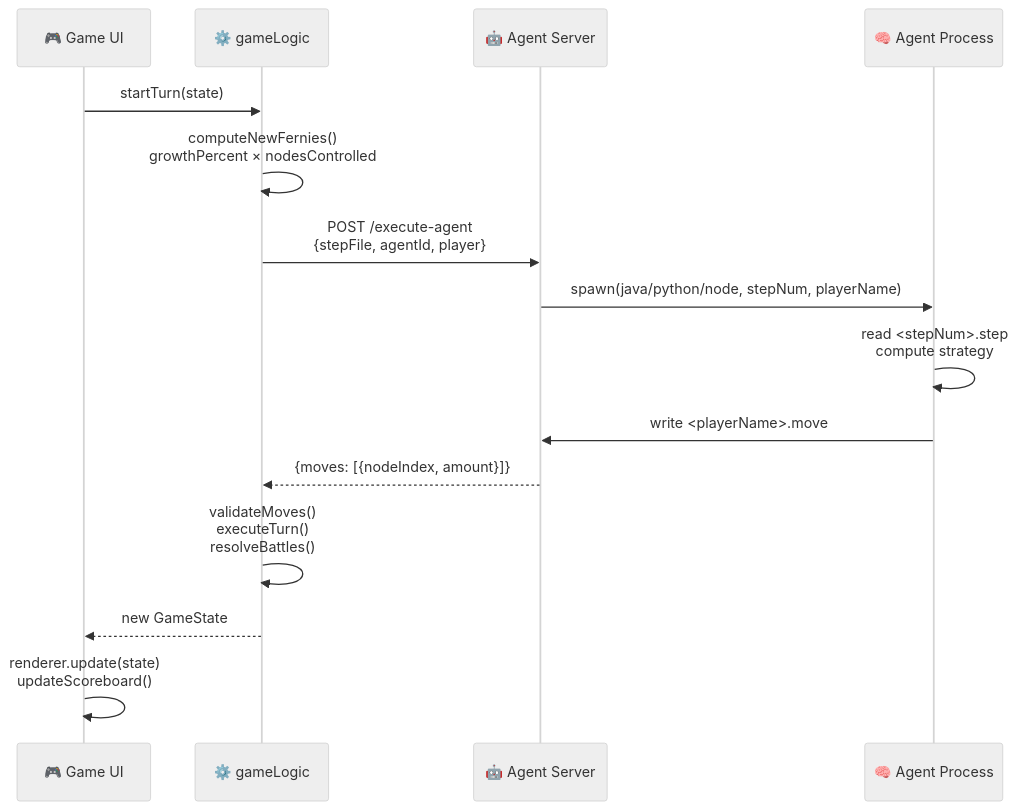
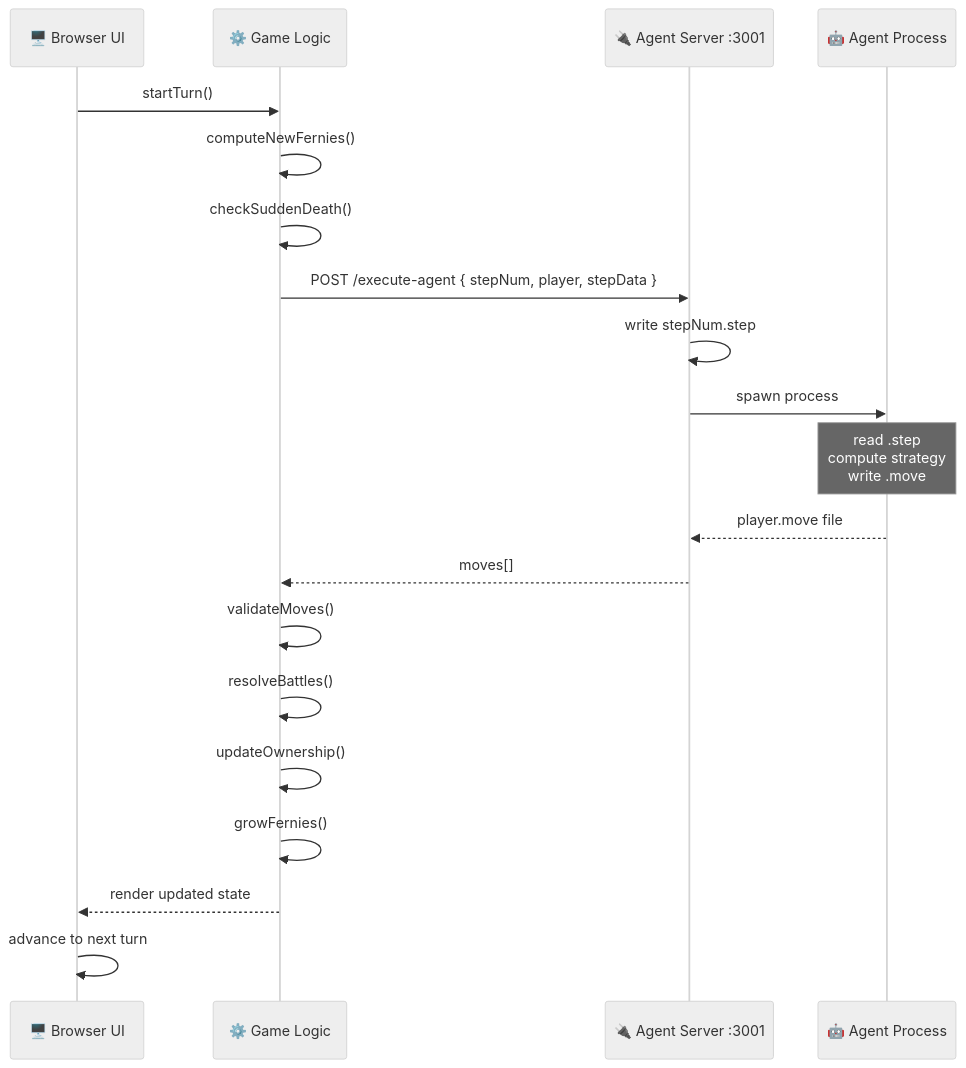
The second of 4 diagrams in README.md (Anirach/ringwars3d), drawn with Mermaid (neutral theme) before and after one commit. The commit also changed other lines of this file, not shown here.

Commit message:
docs: add Mermaid diagrams (architecture, sequence, state machine, flow), Python starter template, complete game rules

````diff
--- a/README.md
+++ b/README.md
@@ -73,18 +96,23 @@
 ```mermaid
 sequenceDiagram
-    participant UI as 🎮 Game UI
-    participant GL as ⚙️ gameLogic
-    participant AS as 🤖 Agent Server
-    participant AG as 🧠 Agent Process
+    participant UI as 🖥️ Browser UI
+    participant GL as ⚙️ Game Logic
+    participant AS as 🔌 Agent Server :3001
+    participant AG as 🤖 Agent Process
 
-    UI->>GL: startTurn(state)
-    GL->>GL: computeNewFernies()<br/>growthPercent × nodesControlled
-    GL->>AS: POST /execute-agent<br/>{stepFile, agentId, player}
-    AS->>AG: spawn(java/python/node, stepNum, playerName)
-    AG->>AG: read <stepNum>.step<br/>compute strategy
-    AG->>AS: write <playerName>.move
-    AS-->>GL: {moves: [{nodeIndex, amount}]}
-    GL->>GL: validateMoves()<br/>executeTurn()<br/>resolveBattles()
-    GL-->>UI: new GameState
-    UI->>UI: renderer.update(state)<br/>updateScoreboard()
+    UI->>GL: startTurn()
+    GL->>GL: computeNewFernies()
+    GL->>GL: checkSuddenDeath()
+    GL->>AS: POST /execute-agent { stepNum, player, stepData }
+    AS->>AS: write stepNum.step
+    AS->>AG: spawn process
+    note over AG: read .step<br/>compute strategy<br/>write .move
+    AG-->>AS: player.move file
+    AS-->>GL: moves[]
+    GL->>GL: validateMoves()
+    GL->>GL: resolveBattles()
+    GL->>GL: updateOwnership()
+    GL->>GL: growFernies()
+    GL-->>UI: render updated state
+    UI->>UI: advance to next turn
 ```
````
